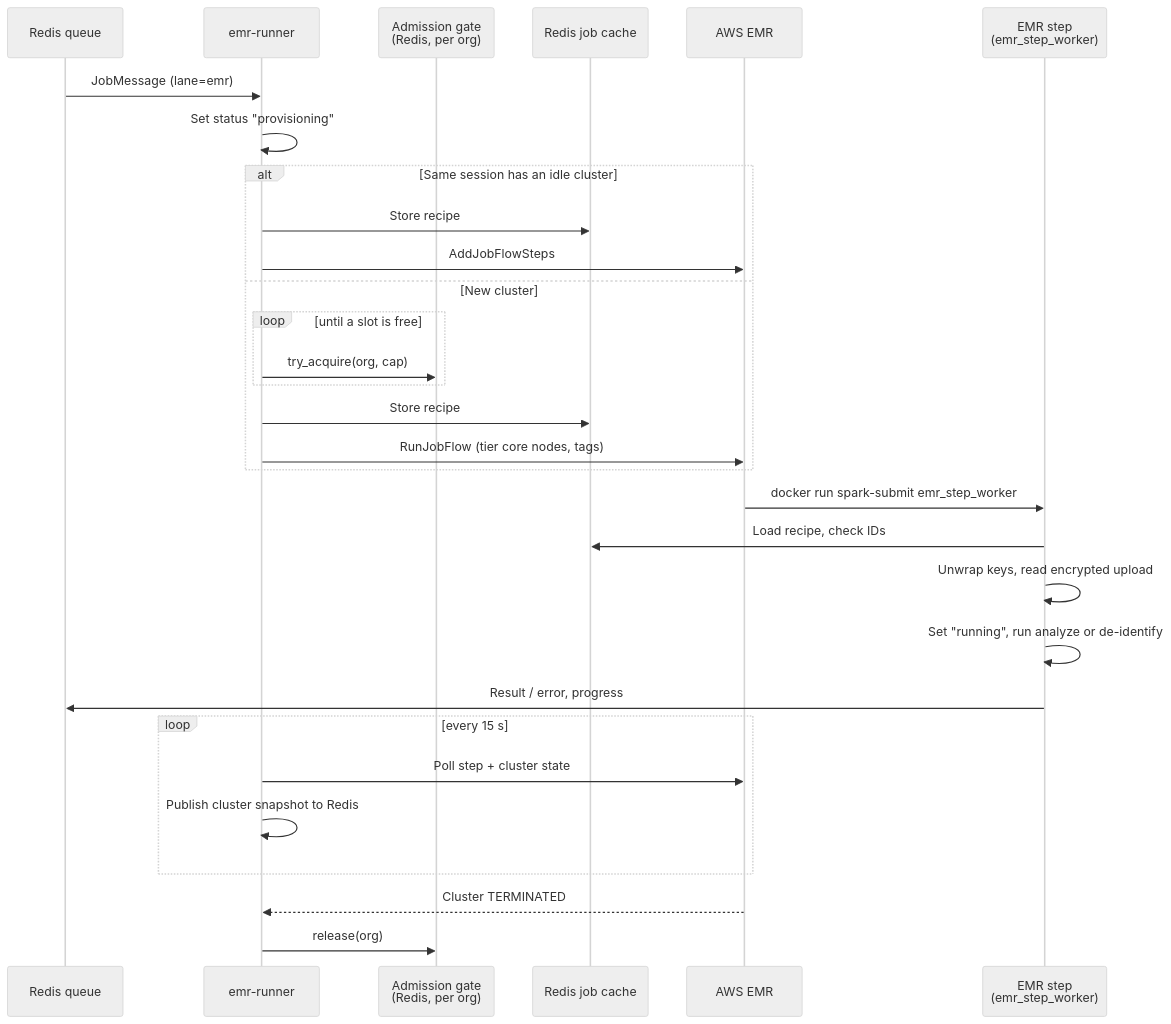
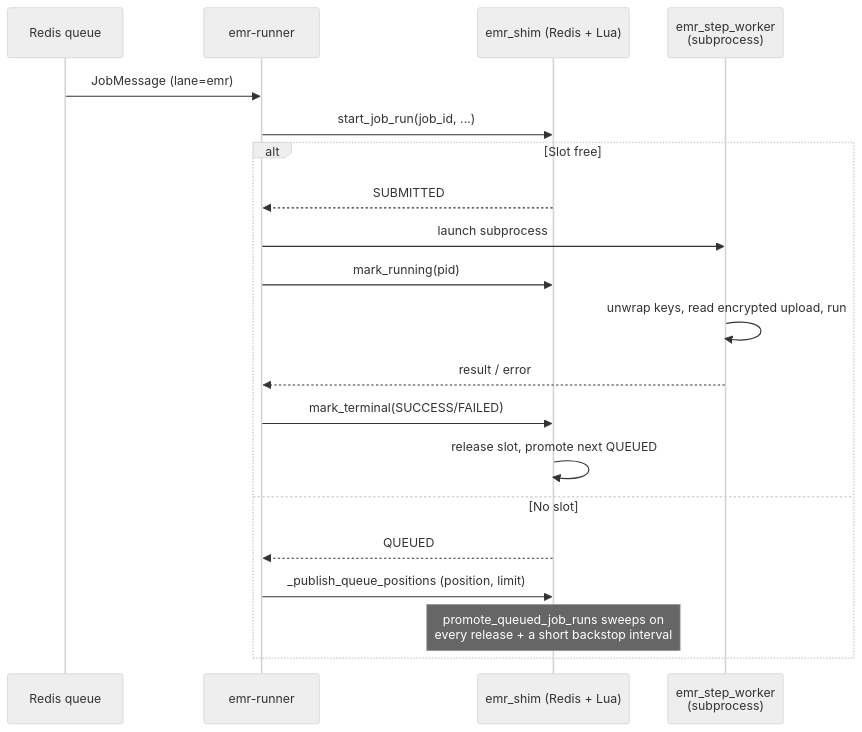
One commit to DataShield-sp18/data-shield-docs changed the fifth of 5 diagrams in docs/engineering/distributed-execution.md. Above: the diagram before and after it, drawn with Mermaid (neutral theme). The commit also changed other lines of this file and 6 other files, not shown here.

First line of the commit message:
docs(emr): rewrite big-job lane for EMR Serverless

````diff
--- a/docs/engineering/distributed-execution.md
+++ b/docs/engineering/distributed-execution.md
@@ -91,33 +148,23 @@
 ```mermaid
 sequenceDiagram
     participant Q as Redis queue
     participant R as emr-runner
-    participant G as Admission gate<br/>(Redis, per org)
-    participant C as Redis job cache
-    participant E as AWS EMR
-    participant S as EMR step<br/>(emr_step_worker)
+    participant Shim as emr_shim (Redis + Lua)
+    participant Sub as emr_step_worker<br/>(subprocess)
 
     Q->>R: JobMessage (lane=emr)
-    R->>R: Set status "provisioning"
-    alt Same session has an idle cluster
-        R->>C: Store recipe
-        R->>E: AddJobFlowSteps
-    else New cluster
-        loop until a slot is free
-            R->>G: try_acquire(org, cap)
-        end
-        R->>C: Store recipe
-        R->>E: RunJobFlow (tier core nodes, tags)
+    R->>Shim: start_job_run(job_id, ...)
+    alt Slot free
+        Shim-->>R: SUBMITTED
+        R->>Sub: launch subprocess
+        R->>Shim: mark_running(pid)
+        Sub->>Sub: unwrap keys, read encrypted upload, run
+        Sub-->>R: result / error
+        R->>Shim: mark_terminal(SUCCESS/FAILED)
+        Shim->>Shim: release slot, promote next QUEUED
+    else No slot
+        Shim-->>R: QUEUED
+        R->>Shim: _publish_queue_positions (position, limit)
+        Note over Shim: promote_queued_job_runs sweeps on<br/>every release + a short backstop interval
     end
-    E->>S: docker run spark-submit emr_step_worker
-    S->>C: Load recipe, check IDs
-    S->>S: Unwrap keys, read encrypted upload
-    S->>S: Set "running", run analyze or de-identify
-    S->>Q: Result / error, progress
-    loop every 15 s
-        R->>E: Poll step + cluster state
-        R->>R: Publish cluster snapshot to Redis
-    end
-    E-->>R: Cluster TERMINATED
-    R->>G: release(org)
 ```
````
